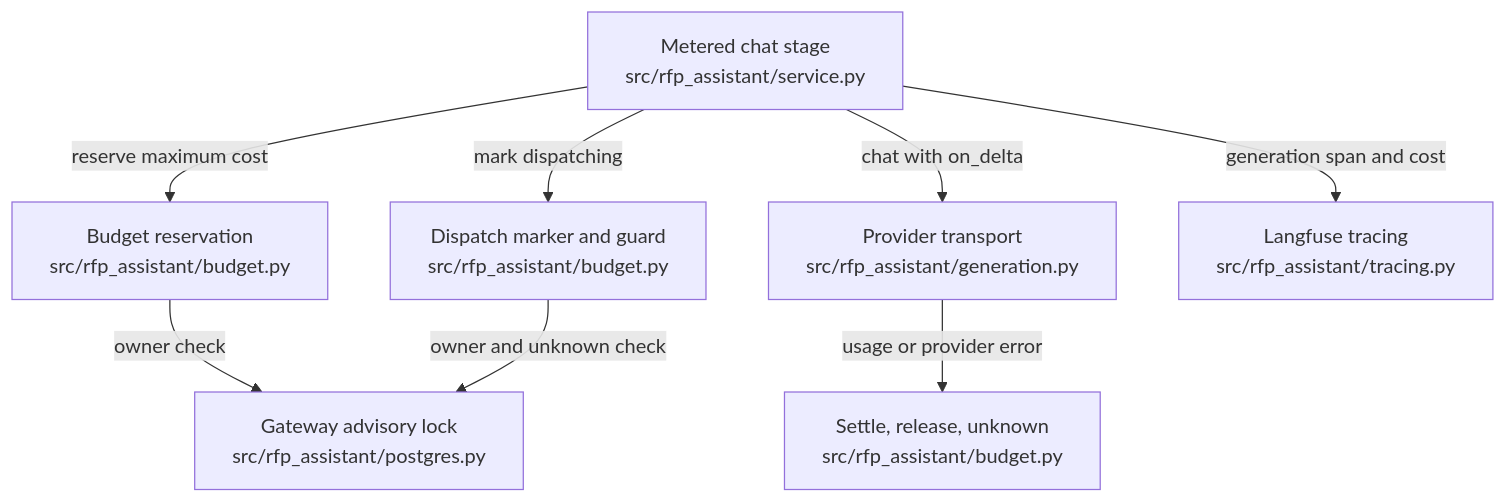
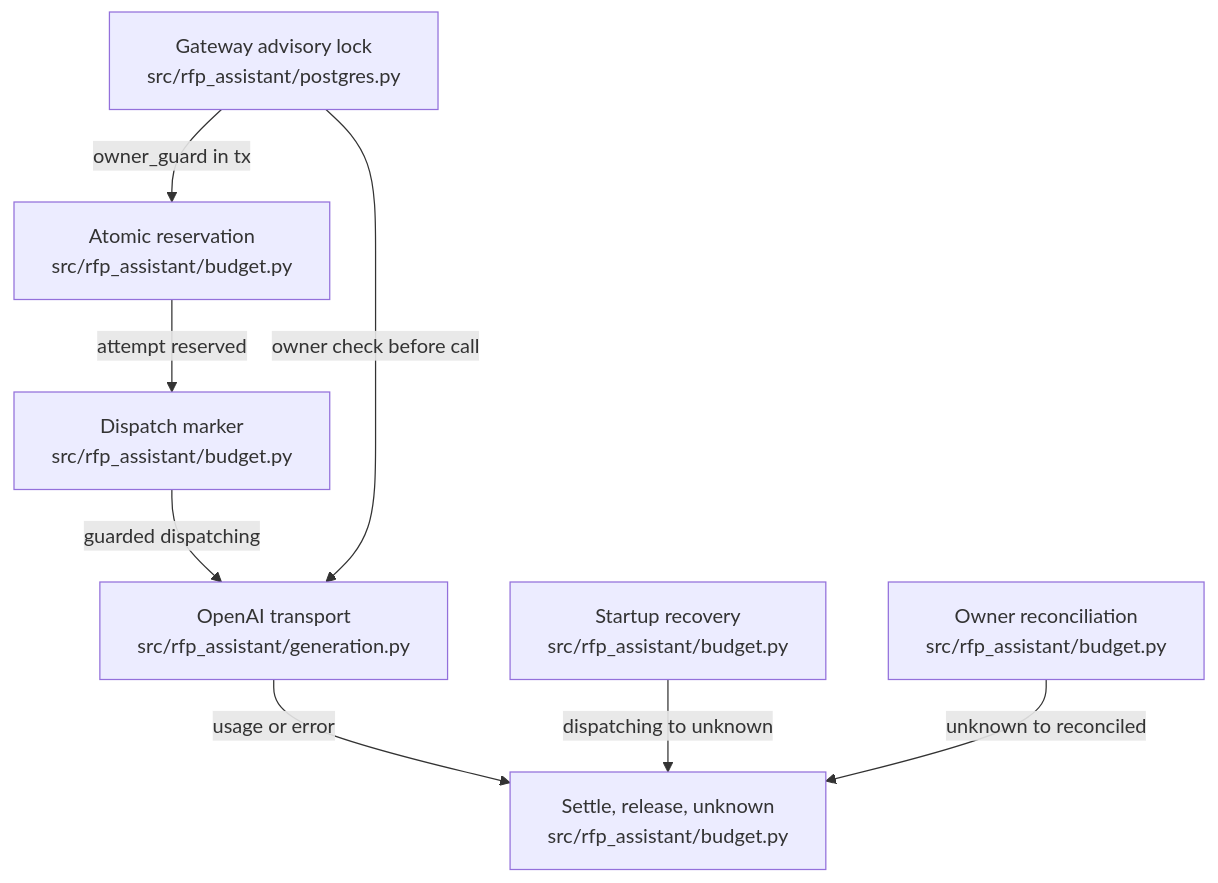
The diagram in .omm/overall-architecture/paid-gateway/diagram.mmd (littleeeeebit/project-codeit-mid), drawn with Mermaid before and after one commit. The commit also changed 538 other files, not shown here.

```diff
--- a/.omm/overall-architecture/paid-gateway/diagram.mmd
+++ b/.omm/overall-architecture/paid-gateway/diagram.mmd
@@ -1,15 +1,8 @@
 graph TD
-  metered-chat["Metered chat stage\nsrc/rfp_assistant/service.py"]
-  budget-admission["Budget reservation\nsrc/rfp_assistant/budget.py"]
-  dispatch-guard["Dispatch marker and guard\nsrc/rfp_assistant/budget.py"]
-  gateway-owner["Gateway advisory lock\nsrc/rfp_assistant/postgres.py"]
-  provider-transport["Provider transport\nsrc/rfp_assistant/generation.py"]
-  settlement["Settle, release, unknown\nsrc/rfp_assistant/budget.py"]
-  langfuse-tracing["Langfuse tracing\nsrc/rfp_assistant/tracing.py"]
-  metered-chat -->|reserve maximum cost| budget-admission
-  budget-admission -->|owner check| gateway-owner
-  metered-chat -->|mark dispatching| dispatch-guard
-  dispatch-guard -->|owner and unknown check| gateway-owner
-  metered-chat -->|chat with on_delta| provider-transport
-  provider-transport -->|usage or provider error| settlement
-  metered-chat -->|generation span and cost| langfuse-tracing
+  gateway-owner["Gateway advisory lock\nsrc/rfp_assistant/postgres.py"] -->|"owner_guard in tx"| admission["Atomic reservation\nsrc/rfp_assistant/budget.py"]
+  admission -->|"attempt reserved"| dispatch-marker["Dispatch marker\nsrc/rfp_assistant/budget.py"]
+  dispatch-marker -->|"guarded dispatching"| provider-transport["OpenAI transport\nsrc/rfp_assistant/generation.py"]
+  gateway-owner -->|"owner check before call"| provider-transport
+  provider-transport -->|"usage or error"| settlement["Settle, release, unknown\nsrc/rfp_assistant/budget.py"]
+  startup-recovery["Startup recovery\nsrc/rfp_assistant/budget.py"] -->|"dispatching to unknown"| settlement
+  owner-reconcile["Owner reconciliation\nsrc/rfp_assistant/budget.py"] -->|"unknown to reconciled"| settlement
```
